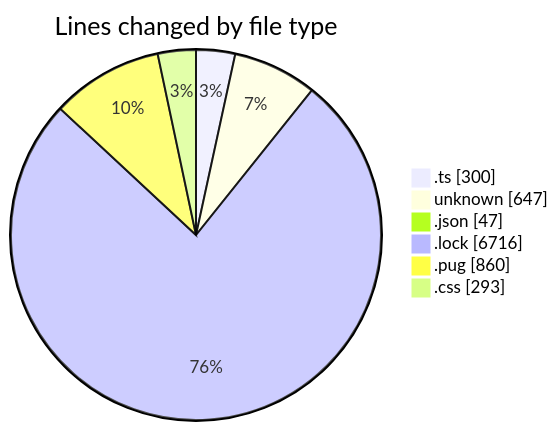
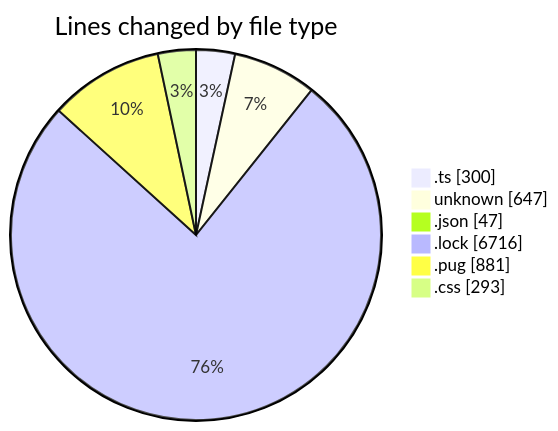
The first of 2 diagrams in 2026-05-22/cda/README.md (momahboobian/code-tracking), drawn with Mermaid before and after one commit. The commit also changed other lines of this file and 1 other file, not shown here.

````diff
--- a/2026-05-22/cda/README.md
+++ b/2026-05-22/cda/README.md
@@ -30,10 +30,10 @@
 ```mermaid
 pie showData
 title Lines changed by file type
 ".ts" : 300
 "unknown" : 647
 ".json" : 47
 ".lock" : 6716
-".pug" : 860
+".pug" : 881
 ".css" : 293
 ```
````
